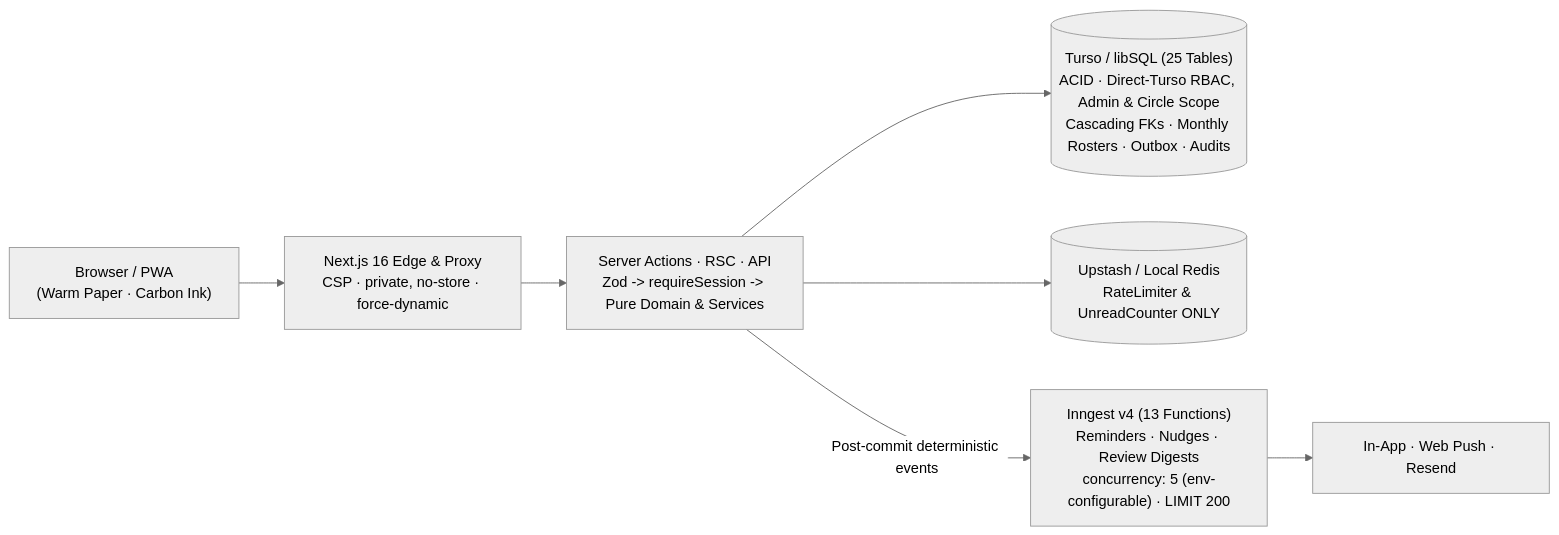
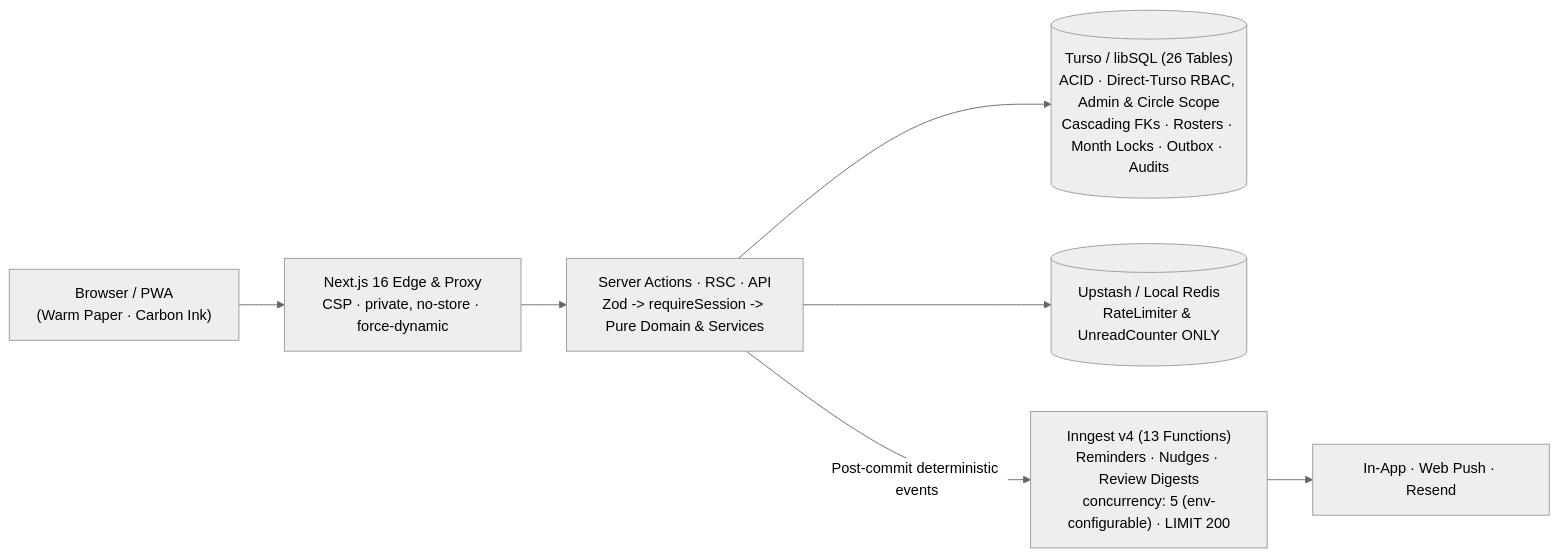
One commit to Marvin-MM/folio_tracker changed the diagram in README.md. Above: the diagram before and after it, drawn with Mermaid (neutral theme). The commit also changed other lines of this file and 43 other files, not shown here.

Commit message:
feat(habits,admin): chunked history import, dynamic month locking & fast admin navigation

````diff
--- a/README.md
+++ b/README.md
@@ -44,9 +44,9 @@
 ```mermaid
 flowchart LR
   Browser["Browser / PWA\n(Warm Paper · Carbon Ink)"] --> Edge["Next.js 16 Edge & Proxy\nCSP · private, no-store · force-dynamic"]
   Edge --> Core["Server Actions · RSC · API\nZod -> requireSession -> Pure Domain & Services"]
-  Core --> Turso[("Turso / libSQL (25 Tables)\nACID · Direct-Turso RBAC, Admin & Circle Scope\nCascading FKs · Monthly Rosters · Outbox · Audits")]
+  Core --> Turso[("Turso / libSQL (26 Tables)\nACID · Direct-Turso RBAC, Admin & Circle Scope\nCascading FKs · Rosters · Month Locks · Outbox · Audits")]
   Core --> Redis[("Upstash / Local Redis\nRateLimiter & UnreadCounter ONLY")]
   Core -->|"Post-commit deterministic events"| Inngest["Inngest v4 (13 Functions)\nReminders · Nudges · Review Digests\nconcurrency: 5 (env-configurable) · LIMIT 200"]
   Inngest --> Channels["In-App · Web Push · Resend"]
 ```
````
